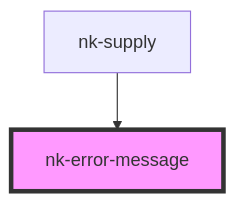
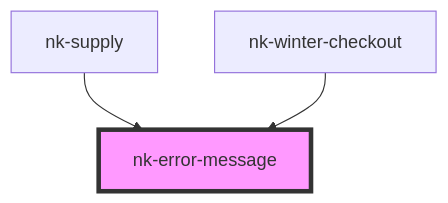
Before and after one commit to niftykit-inc/components: the diagram in src/components/nk-error-message/readme.md, drawn with Mermaid. The commit also changed other lines of this file and 5 other files, not shown here.

````diff
--- a/src/components/nk-error-message/readme.md
+++ b/src/components/nk-error-message/readme.md
@@ -29,5 +30,6 @@
 ```mermaid
 graph TD;
   nk-supply --> nk-error-message
+  nk-winter-checkout --> nk-error-message
   style nk-error-message fill:#f9f,stroke:#333,stroke-width:4px
 ```
````
